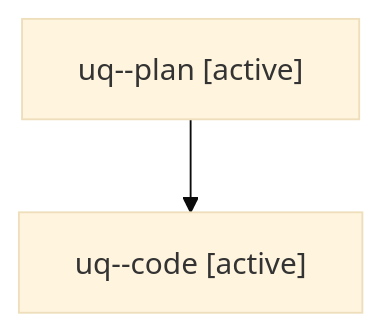
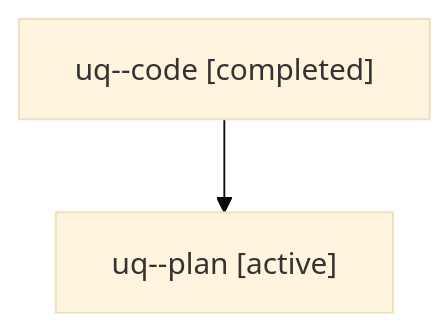
The diagram in families/bbugyi200.athena.uq.md (bobs-org/bob-cli--agents), drawn with Mermaid (base theme) before and after one commit. The commit also changed other lines of this file and 92 other files, not shown here.

````diff
--- a/families/bbugyi200.athena.uq.md
+++ b/families/bbugyi200.athena.uq.md
@@ -9,6 +9,6 @@
 ```mermaid
 flowchart TD
-  n0["uq--plan [active]"]
-  n1["uq--code [active]"]
+  n0["uq--code [completed]"]
+  n1["uq--plan [active]"]
   n0 --> n1
 ```
````
